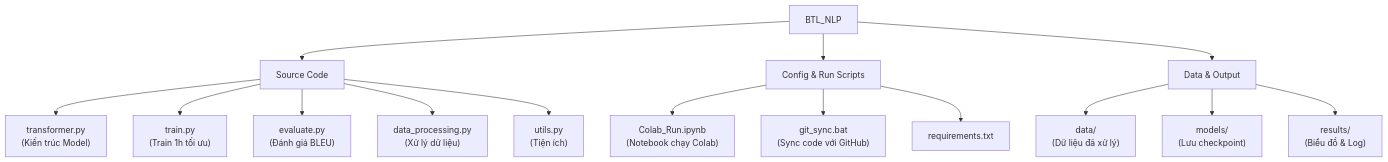
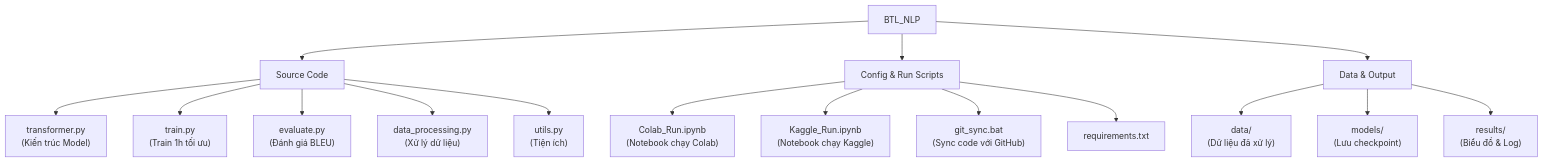
Before and after one commit to nmd29io/BTL_NLP: the diagram in README.md, drawn with Mermaid. The commit also changed other lines of this file and 5 other files, not shown here.

````diff
--- a/README.md
+++ b/README.md
@@ -27,20 +27,21 @@
 ```mermaid
 graph TD
     A["BTL_NLP"] --> B["Source Code"]
     A --> C["Config & Run Scripts"]
     A --> D["Data & Output"]
 
     B --> B1["transformer.py<br/>(Kiến trúc Model)"]
     B --> B2["train.py<br/>(Train 1h tối ưu)"]
     B --> B3["evaluate.py<br/>(Đánh giá BLEU)"]
     B --> B4["data_processing.py<br/>(Xử lý dữ liệu)"]
     B --> B5["utils.py<br/>(Tiện ích)"]
 
     C --> C1["Colab_Run.ipynb<br/>(Notebook chạy Colab)"]
-    C --> C2["git_sync.bat<br/>(Sync code với GitHub)"]
-    C --> C3["requirements.txt"]
+    C --> C2["Kaggle_Run.ipynb<br/>(Notebook chạy Kaggle)"]
+    C --> C3["git_sync.bat<br/>(Sync code với GitHub)"]
+    C --> C4["requirements.txt"]
 
     D --> D1["data/<br/>(Dữ liệu đã xử lý)"]
     D --> D2["models/<br/>(Lưu checkpoint)"]
     D --> D3["results/<br/>(Biểu đồ & Log)"]
 ```
````
